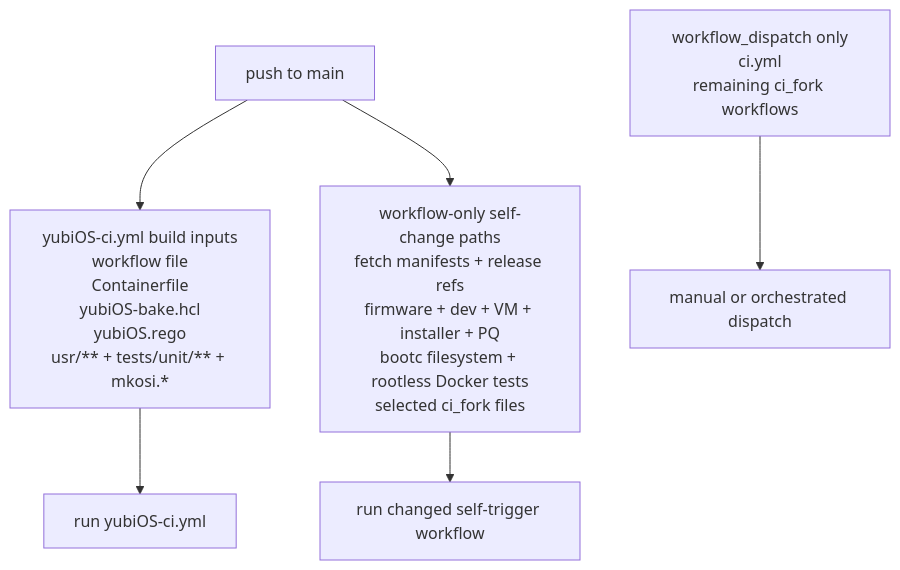
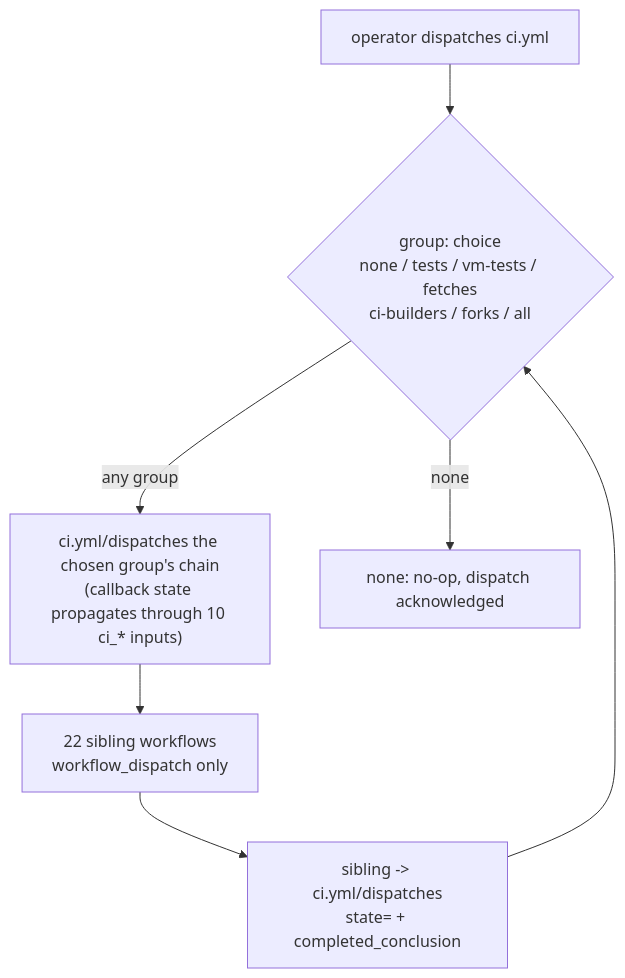
Before and after one commit to corning-croak-cable/yubiOS: the sixth of 8 diagrams in docs/CI_MAP.md, drawn with Mermaid. The commit also changed other lines of this file, not shown here.

First line of the commit message:
docs(CI_MAP): reflect group-routing redesign (PR #145)

````diff
--- a/docs/CI_MAP.md
+++ b/docs/CI_MAP.md
@@ -213,14 +221,13 @@
 ```mermaid
 flowchart TD
-    push_main["push to main"]
-    yw_paths["yubiOS-ci.yml build inputs\nworkflow file\nContainerfile\nyubiOS-bake.hcl\nyubiOS.rego\nusr/** + tests/unit/** + mkosi.*"]
-    self_paths["workflow-only self-change paths\nfetch manifests + release refs\nfirmware + dev + VM + installer + PQ\nbootc filesystem + rootless Docker tests\nselected ci_fork files"]
-    dispatch_only["workflow_dispatch only\nci.yml\nremaining ci_fork workflows"]
-    run_yw["run yubiOS-ci.yml"]
-    run_self["run changed self-trigger workflow"]
-    manual["manual or orchestrated dispatch"]
+    manual["operator dispatches ci.yml"]
+    pick{"group: choice\nnone / tests / vm-tests / fetches\nci-builders / forks / all"}
+    dispatch["ci.yml/dispatches the chosen group's chain\n(callback state propagates through 10 ci_* inputs)"]
+    sibling["22 sibling workflows\nworkflow_dispatch only"]
+    callback["sibling -> ci.yml/dispatches\nstate=<display name> + completed_conclusion"]
+    none_path["none: no-op, dispatch acknowledged"]
 
-    push_main --> yw_paths --> run_yw
-    push_main --> self_paths --> run_self
-    dispatch_only --> manual
+    manual --> pick
+    pick -- "none" --> none_path
+    pick -- "any group" --> dispatch --> sibling --> callback --> pick
 ```
````
